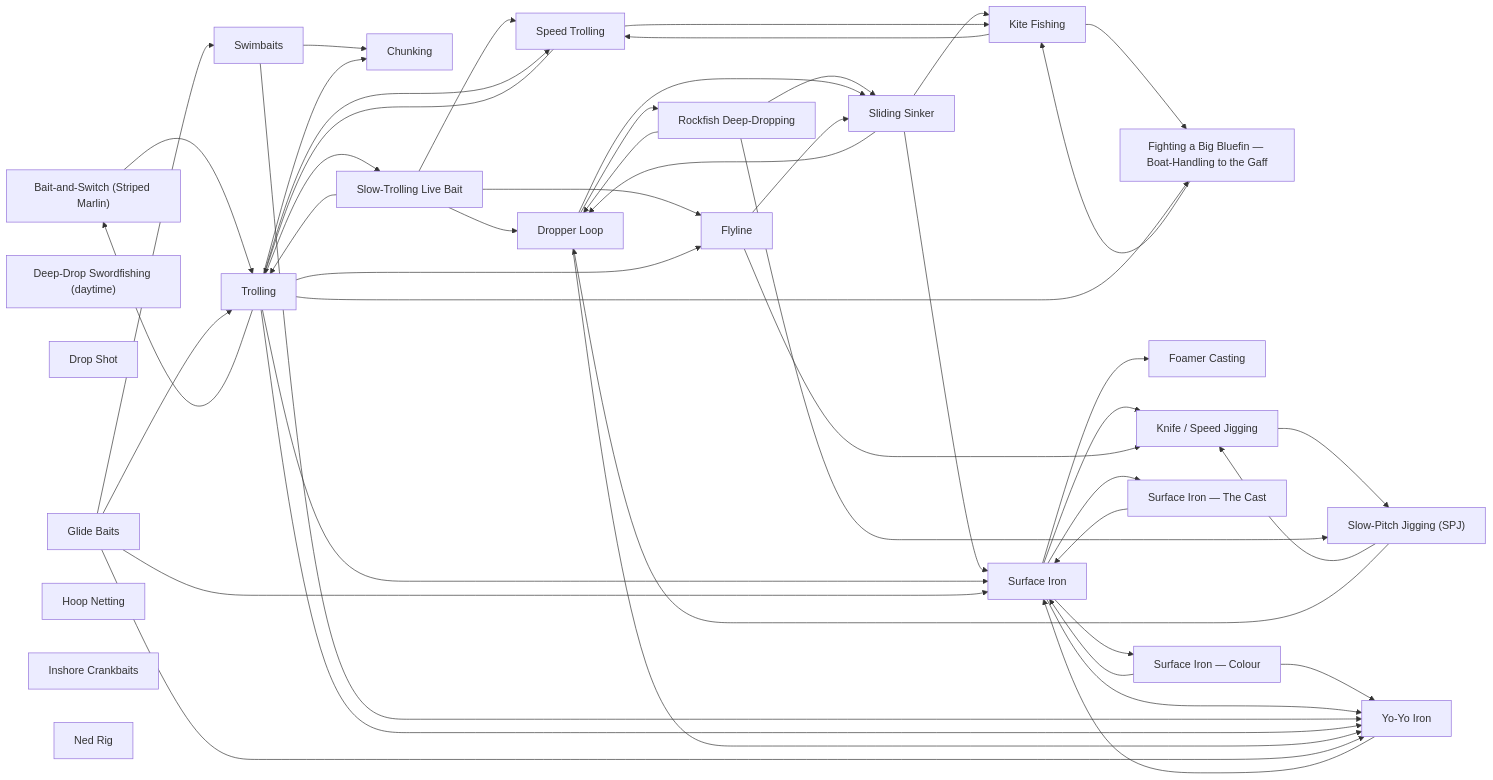
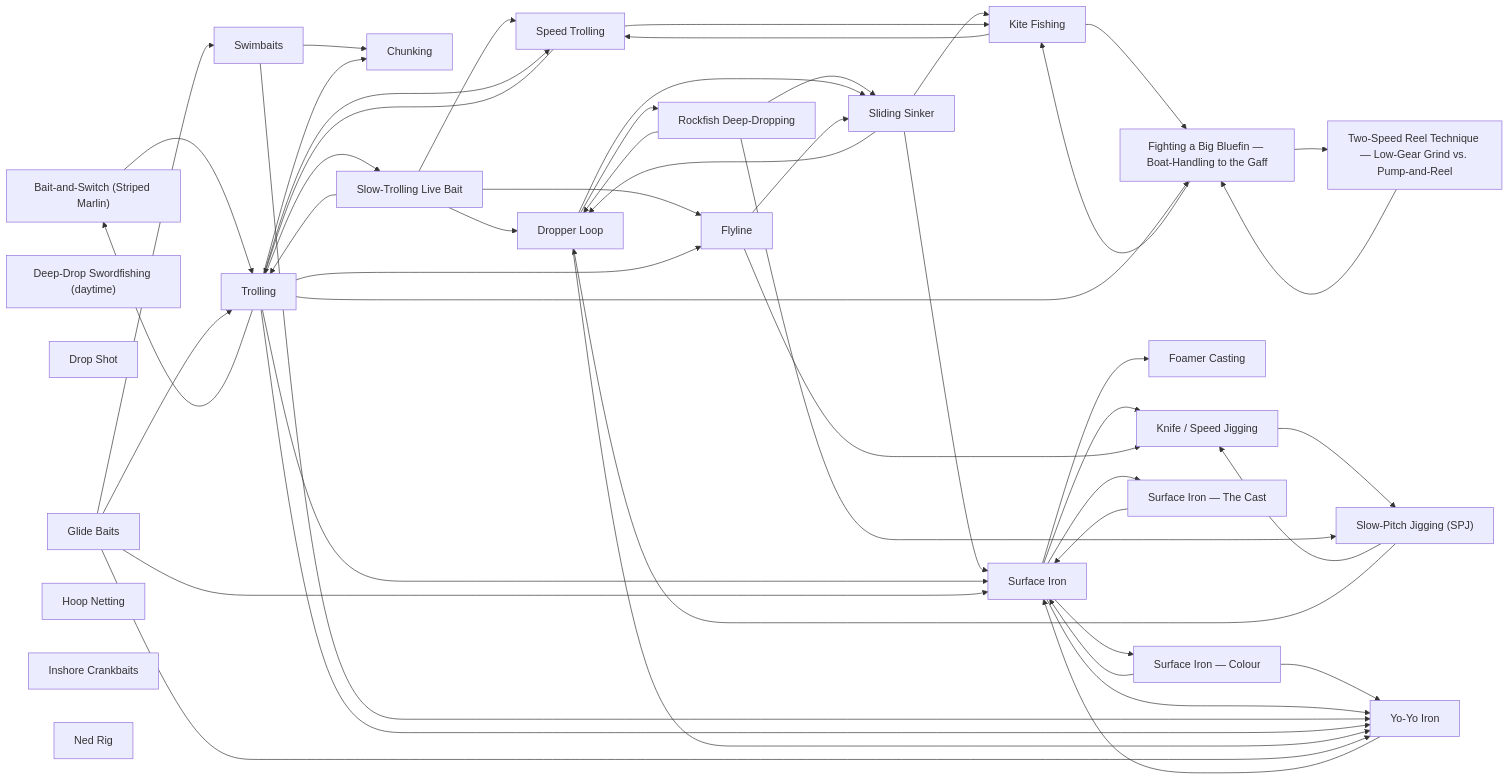
Before and after one commit to camchuckpete-max/Socal-Fishing-Knowledge: the diagram in techniques/README.md, drawn with Mermaid. The commit also changed other lines of this file and 13 other files, not shown here.

````diff
--- a/techniques/README.md
+++ b/techniques/README.md
@@ -38,75 +39,78 @@
 ```mermaid
 graph LR
   n0["Bait-and-Switch (Striped Marlin)"]
   n1["Chunking"]
   n2["Deep-Drop Swordfishing (daytime)"]
   n3["Drop Shot"]
   n4["Dropper Loop"]
   n5["Fighting a Big Bluefin — Boat-Handling to the Gaff"]
   n6["Flyline"]
   n7["Foamer Casting"]
   n8["Glide Baits"]
   n9["Hoop Netting"]
   n10["Inshore Crankbaits"]
   n11["Kite Fishing"]
   n12["Knife / Speed Jigging"]
   n13["Ned Rig"]
   n14["Rockfish Deep-Dropping"]
   n15["Sliding Sinker"]
   n16["Slow-Pitch Jigging (SPJ)"]
   n17["Slow-Trolling Live Bait"]
   n18["Speed Trolling"]
   n19["Surface Iron — The Cast"]
   n20["Surface Iron — Colour"]
   n21["Surface Iron"]
   n22["Swimbaits"]
   n23["Trolling"]
-  n24["Yo-Yo Iron"]
+  n24["Two-Speed Reel Technique — Low-Gear Grind vs. Pump-and-Reel"]
+  n25["Yo-Yo Iron"]
   n0 --> n23
   n11 --> n18
   n11 --> n5
   n12 --> n16
   n14 --> n15
   n14 --> n16
   n14 --> n4
   n15 --> n11
   n15 --> n21
   n15 --> n4
   n16 --> n12
   n16 --> n4
   n17 --> n18
   n17 --> n23
   n17 --> n4
   n17 --> n6
   n18 --> n11
   n18 --> n23
   n19 --> n21
   n20 --> n21
-  n20 --> n24
+  n20 --> n25
   n21 --> n12
   n21 --> n19
   n21 --> n20
-  n21 --> n24
+  n21 --> n25
   n21 --> n7
   n22 --> n1
-  n22 --> n24
+  n22 --> n25
   n23 --> n0
   n23 --> n1
   n23 --> n17
   n23 --> n18
   n23 --> n21
-  n23 --> n24
+  n23 --> n25
   n23 --> n5
   n23 --> n6
-  n24 --> n21
+  n24 --> n5
+  n25 --> n21
   n4 --> n14
   n4 --> n15
-  n4 --> n24
+  n4 --> n25
   n5 --> n11
+  n5 --> n24
   n6 --> n12
   n6 --> n15
   n8 --> n21
   n8 --> n22
   n8 --> n23
-  n8 --> n24
+  n8 --> n25
 ```
````
